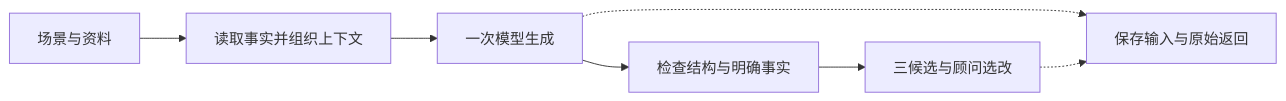
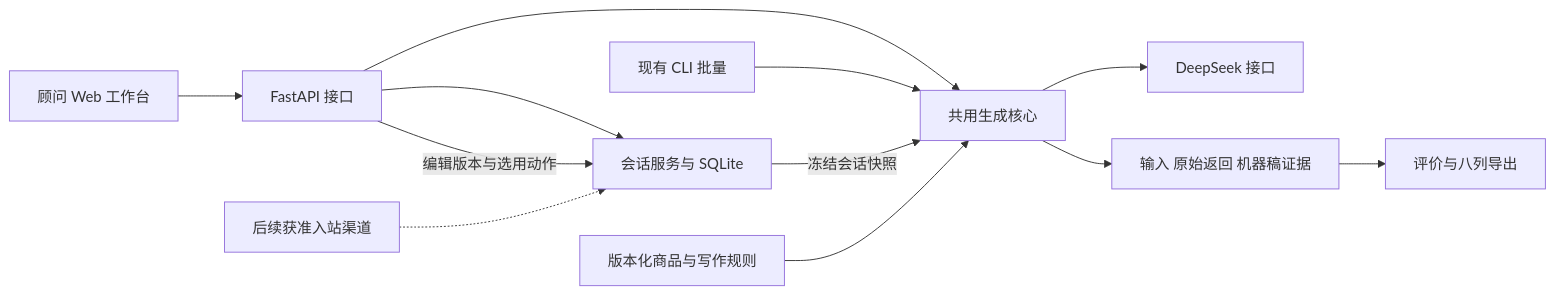
Before and after one commit to Akiratakome/qixu-advisor: the diagram in docs/technical-selection-report.md, drawn with Mermaid. The commit also changed other lines of this file and 12 other files, not shown here.

Commit message:
docs: consolidate QIXU design and engineering roadmap

````diff
--- a/docs/technical-selection-report.md
+++ b/docs/technical-selection-report.md
@@ -89,9 +54,14 @@
 ```mermaid
 flowchart LR
-    A[场景与资料] --> B[读取事实并组织上下文]
-    B --> C[一次模型生成]
-    C --> D[检查结构与明确事实]
-    D --> E[三候选与顾问选改]
-    C -.-> F[保存输入与原始返回]
-    E -.-> F
+    W[顾问 Web 工作台] --> H[FastAPI 接口]
+    H --> S[会话服务与 SQLite]
+    H --> G[共用生成核心]
+    CLI[现有 CLI 批量] --> G
+    S -->|冻结会话快照| G
+    F[版本化商品与写作规则] --> G
+    G --> M[DeepSeek 接口]
+    G --> R[输入 原始返回 机器稿证据]
+    H -->|编辑版本与选用动作| S
+    R --> E[评价与八列导出]
+    C[后续获准入站渠道] -.-> S
 ```
````
